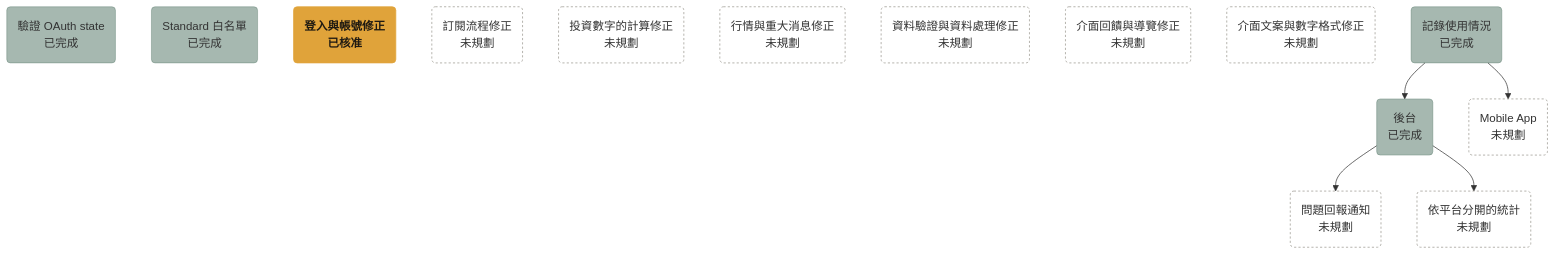
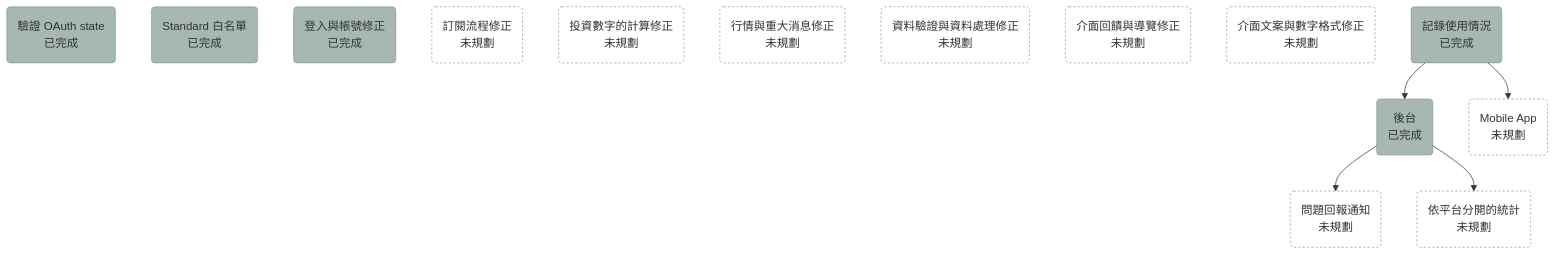
The diagram in docs/plans/roadmap.md (bingyangchen/taigu), drawn with Mermaid before and after one commit. The commit also changed other lines of this file and 45 other files, not shown here.

Commit message:
[impl 0005] Fix login and account handling (#233)

````diff
--- a/docs/plans/roadmap.md
+++ b/docs/plans/roadmap.md
@@ -7,24 +7,24 @@
 ```mermaid
 flowchart TD
   oauth_state_check("驗證 OAuth state<br/>已完成"):::done
   standard_whitelist("Standard 白名單<br/>已完成"):::done
-  login_account_fixes("登入與帳號修正<br/>已核准"):::approved
+  login_account_fixes("登入與帳號修正<br/>已完成"):::done
   billing_fixes("訂閱流程修正<br/>未規劃"):::unplanned
   calculation_fixes("投資數字的計算修正<br/>未規劃"):::unplanned
   market_data_fixes("行情與重大消息修正<br/>未規劃"):::unplanned
   data_fixes("資料驗證與資料處理修正<br/>未規劃"):::unplanned
   ui_feedback_fixes("介面回饋與導覽修正<br/>未規劃"):::unplanned
   copy_fixes("介面文案與數字格式修正<br/>未規劃"):::unplanned
   usage_recording("記錄使用情況<br/>已完成"):::done
   admin_console("後台<br/>已完成"):::done
   issue_report_notification("問題回報通知<br/>未規劃"):::unplanned
   per_platform_stats("依平台分開的統計<br/>未規劃"):::unplanned
   mobile_app("Mobile App<br/>未規劃"):::unplanned
   usage_recording --> admin_console
   usage_recording --> mobile_app
   admin_console --> issue_report_notification
   admin_console --> per_platform_stats
   classDef done fill:#4f726280,stroke:#4f726280
   classDef approved fill:#e0a33a,stroke:#e0a33a,color:#1f1a12,font-weight:bold
   classDef unplanned fill:none,stroke:#9a978f,stroke-dasharray:3 3
 ```
````
